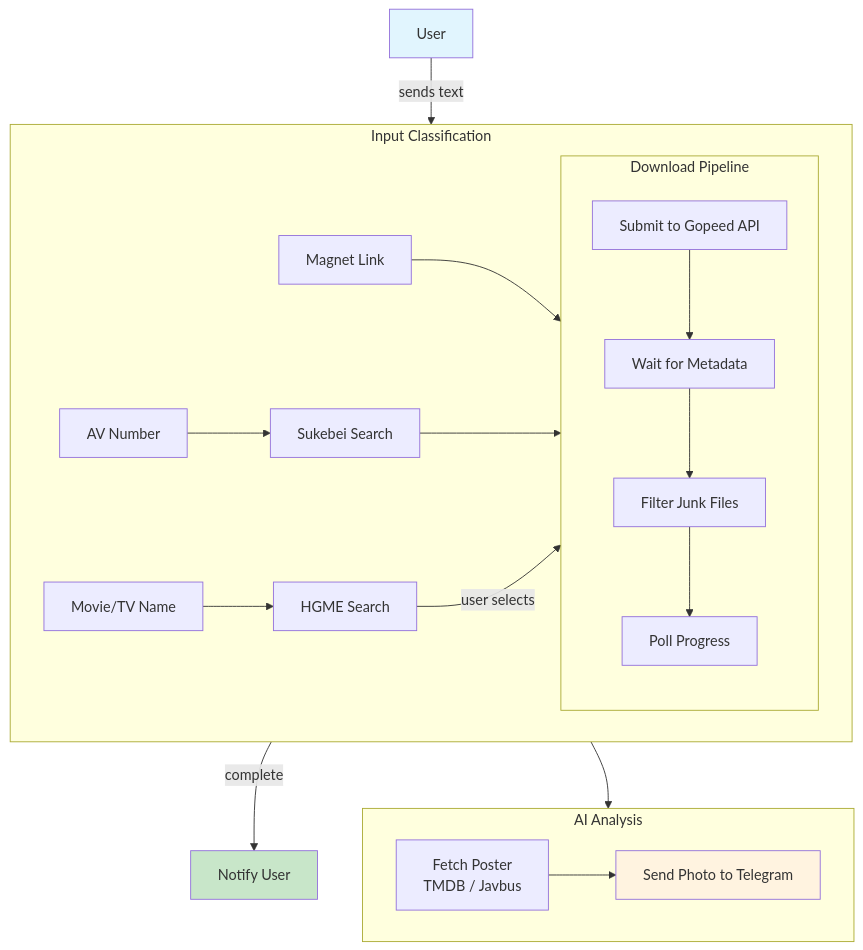
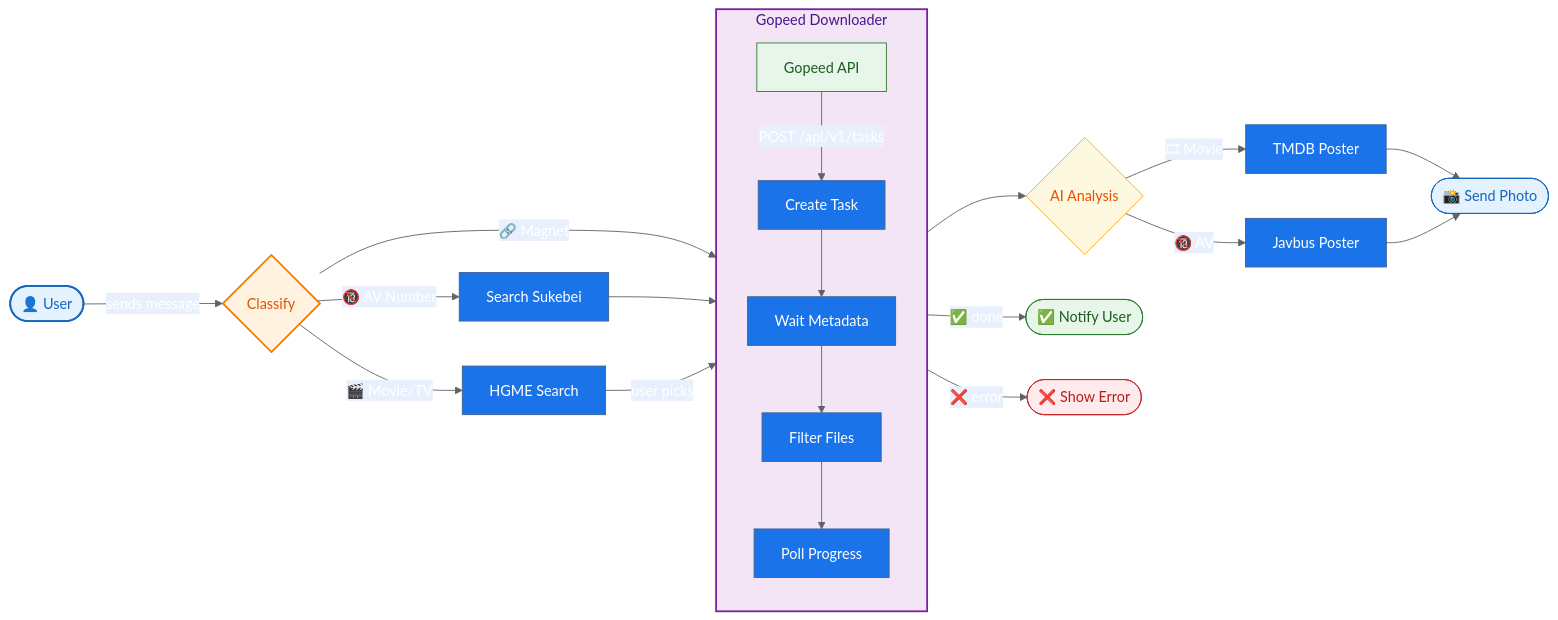
One commit to tianxia3111/tg-download-bot changed the diagram in README.md. Above: the diagram before and after it, drawn with Mermaid.

Commit message:
docs: redesign workflow diagram

````diff
--- a/README.md
+++ b/README.md
@@ -7,31 +7,47 @@
 ```mermaid
-flowchart TD
-    User -->|sends text| classify
-    
-    subgraph classify [Input Classification]
-        direction LR
-        magnet[Magnet Link] --> download
-        av[AV Number] --> search_sukebei[Sukebei Search]
-        search_sukebei --> download
-        movie[Movie/TV Name] --> hgme[HGME Search]
-        hgme -->|user selects| download
+---
+config:
+  theme: base
+  themeVariables:
+    primaryColor: "#1a73e8"
+    primaryTextColor: "#fff"
+    lineColor: "#5f6368"
+    secondaryColor: "#e8f0fe"
+    tertiaryColor: "#f8f9fa"
+---
+flowchart LR
+    U([👤 User]) -->|sends message| C{Classify}
+
+    C -->|🔗 Magnet| AP[Gopeed API]
+    C -->|🔞 AV Number| AV[Search Sukebei]
+    C -->|🎬 Movie/TV| HG[HGME Search]
+
+    AV --> AP
+    HG -->|user picks| AP
+
+    subgraph GP [Gopeed Downloader]
+        direction TB
+        AP -->|POST /api/v1/tasks| CR[Create Task]
+        CR --> MD[Wait Metadata]
+        MD --> FL[Filter Files]
+        FL --> PO[Poll Progress]
     end
-    
-    subgraph download [Download Pipeline]
-        direction TB
-        submit[Submit to Gopeed API] --> metadata[Wait for Metadata]
-        metadata --> filter[Filter Junk Files]
-        filter --> poll[Poll Progress]
-    end
-    
-    subgraph ai [AI Analysis]
-        poster[Fetch Poster<br/>TMDB / Javbus] --> send[Send Photo to Telegram]
-    end
-    
-    download --> ai
-    poll -->|complete| notify[Notify User]
 
-    style User fill:#e1f5fe
-    style notify fill:#c8e6c9
-    style send fill:#fff3e0
+    GP --> AI{AI Analysis}
+    AI -->|🎞 Movie| TM[TMDB Poster]
+    AI -->|🔞 AV| JB[Javbus Poster]
+    TM --> PH([📸 Send Photo])
+    JB --> PH
+
+    PO -->|✅ done| ED([✅ Notify User])
+    PO -->|❌ error| EF([❌ Show Error])
+
+    style U fill:#e3f2fd,stroke:#1565c0,stroke-width:2px,color:#1565c0
+    style C fill:#fff3e0,stroke:#f57c00,stroke-width:2px,color:#e65100
+    style AP fill:#e8f5e9,stroke:#2e7d32,color:#1b5e20
+    style GP fill:#f3e5f5,stroke:#7b1fa2,stroke-width:2px,color:#4a148c
+    style AI fill:#fff8e1,stroke:#f9a825,color:#e65100
+    style PH fill:#e3f2fd,stroke:#1565c0,color:#1565c0
+    style ED fill:#e8f5e9,stroke:#2e7d32,color:#1b5e20
+    style EF fill:#ffebee,stroke:#c62828,color:#b71c1c
 ```
````
